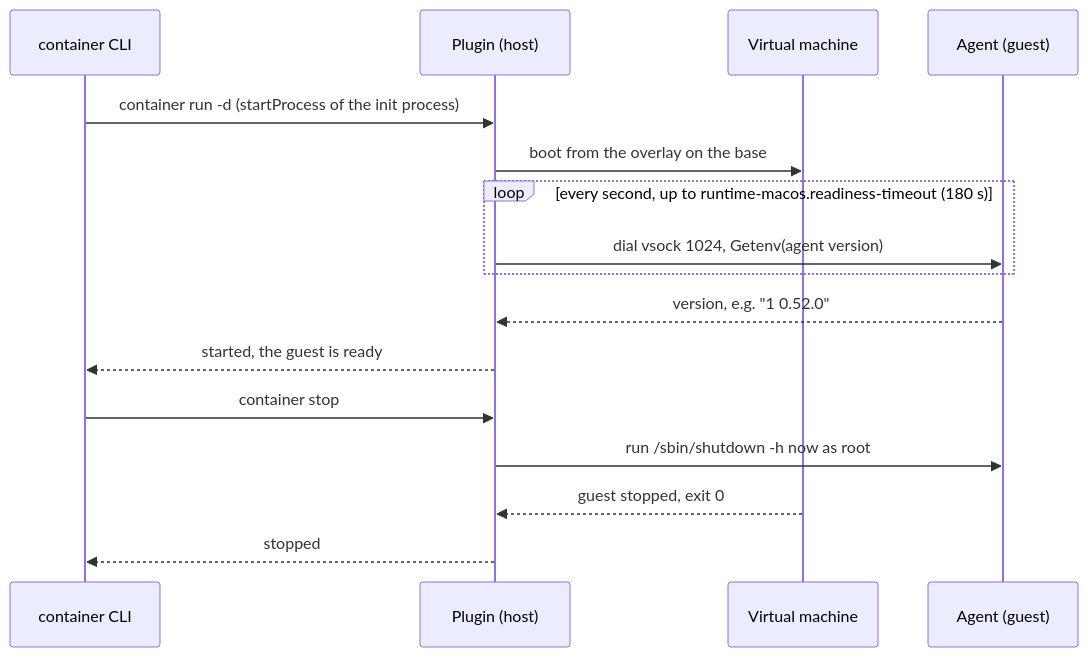
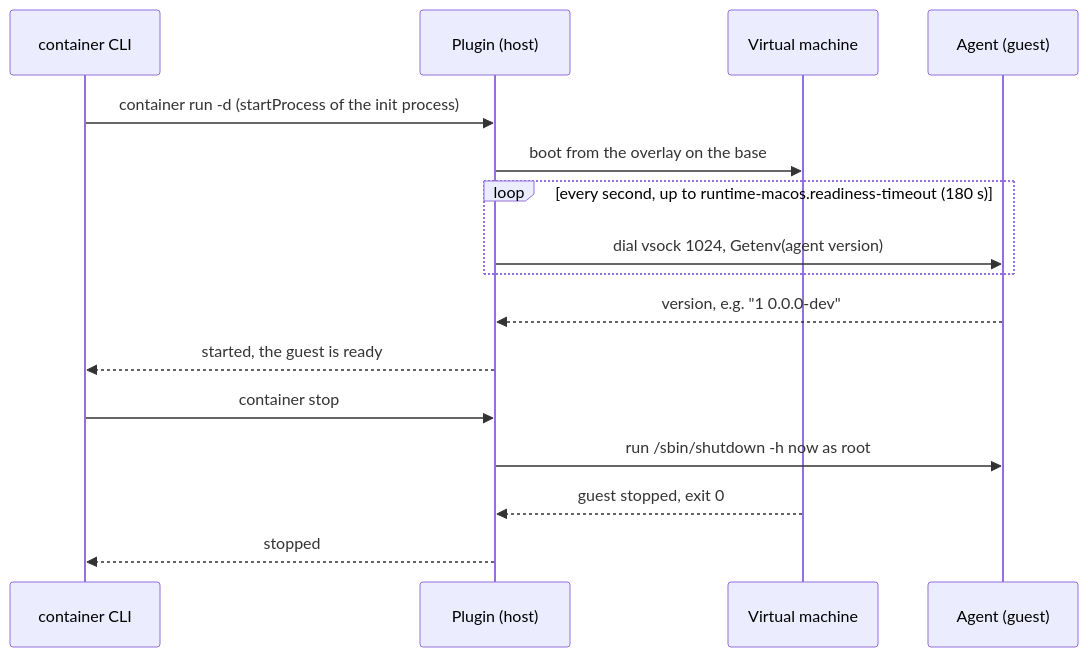
One commit to extra-code/parbake changed the fifth of 5 diagrams in docs/architecture.md. Above: the diagram before and after it, drawn with Mermaid. The commit also changed other lines of this file and 13 other files, not shown here.

````diff
--- a/docs/architecture.md
+++ b/docs/architecture.md
@@ -242,20 +247,20 @@
 ```mermaid
 sequenceDiagram
     participant cli as container CLI
     participant plugin as Plugin (host)
     participant vm as Virtual machine
     participant agent as Agent (guest)
 
     cli->>plugin: container run -d (startProcess of the init process)
     plugin->>vm: boot from the overlay on the base
     loop every second, up to runtime-macos.readiness-timeout (180 s)
         plugin->>agent: dial vsock 1024, Getenv(agent version)
     end
-    agent-->>plugin: version, e.g. "1 0.52.0"
+    agent-->>plugin: version, e.g. "1 0.0.0-dev"
     plugin-->>cli: started, the guest is ready
 
     cli->>plugin: container stop
     plugin->>agent: run /sbin/shutdown -h now as root
     vm-->>plugin: guest stopped, exit 0
     plugin-->>cli: stopped
 ```
````
